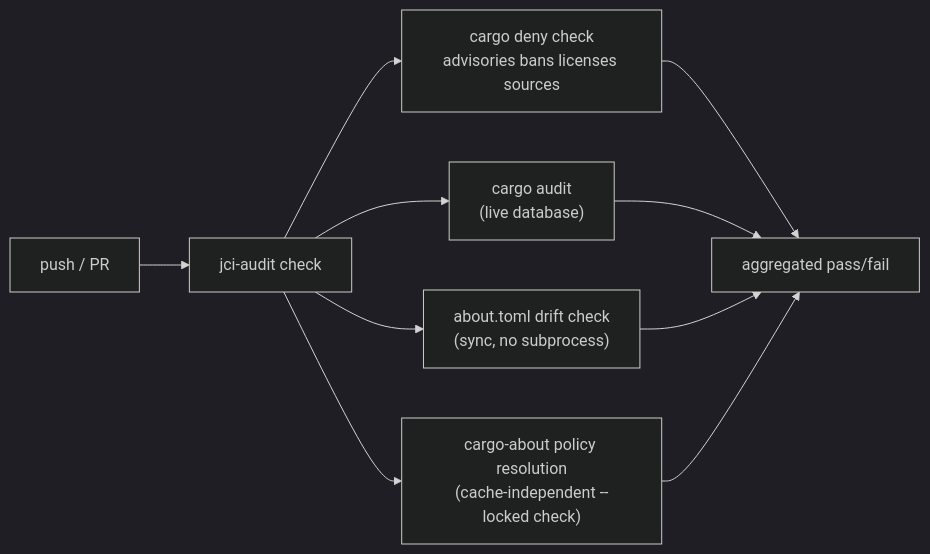
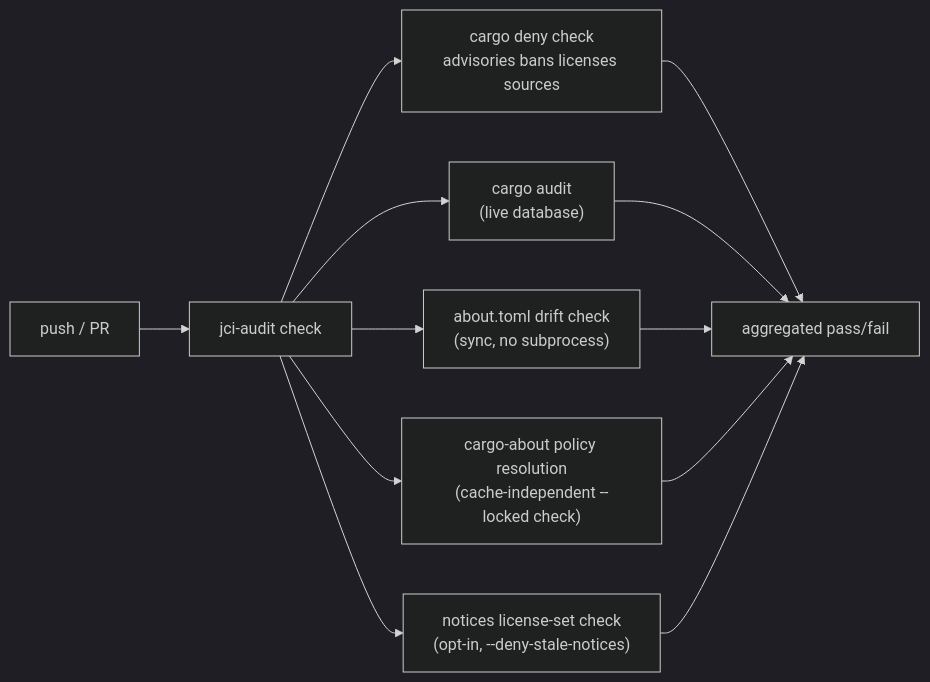
Before and after one commit to jerus-org/jci-audit: the first of 3 diagrams in docs/design.md, drawn with Mermaid (dark theme). The commit also changed other lines of this file and 4 other files, not shown here.

````diff
--- a/docs/design.md
+++ b/docs/design.md
@@ -62,12 +62,14 @@
 ```mermaid
 flowchart LR
     PR["push / PR"] --> CHECK["jci-audit check"]
     CHECK --> DENY["cargo deny check\nadvisories bans licenses sources"]
     CHECK --> AUDIT["cargo audit\n(live database)"]
     CHECK --> DRIFT["about.toml drift check\n(sync, no subprocess)"]
     CHECK --> POLICY1["cargo-about policy resolution\n(cache-independent --locked check)"]
+    CHECK --> NOTICES["notices license-set check\n(opt-in, --deny-stale-notices)"]
     DENY --> RESULT["aggregated pass/fail"]
     AUDIT --> RESULT
     DRIFT --> RESULT
     POLICY1 --> RESULT
+    NOTICES --> RESULT
 ```
````
